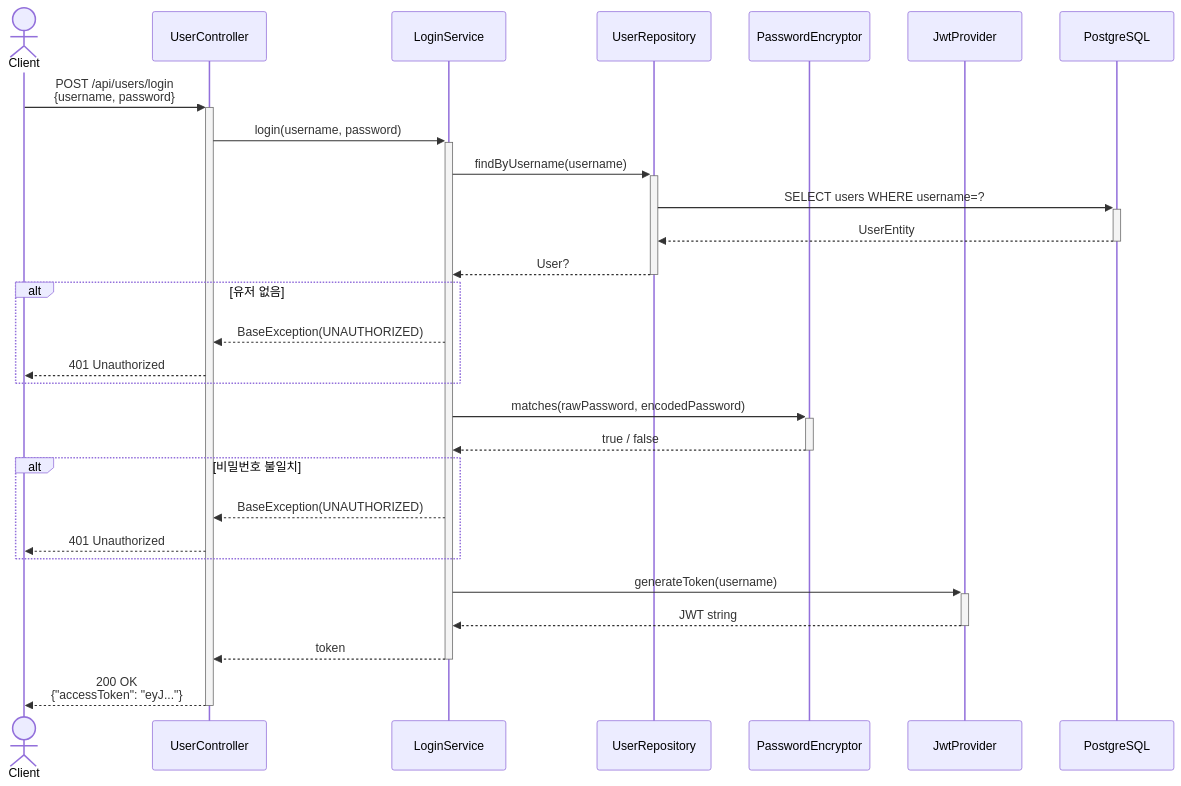
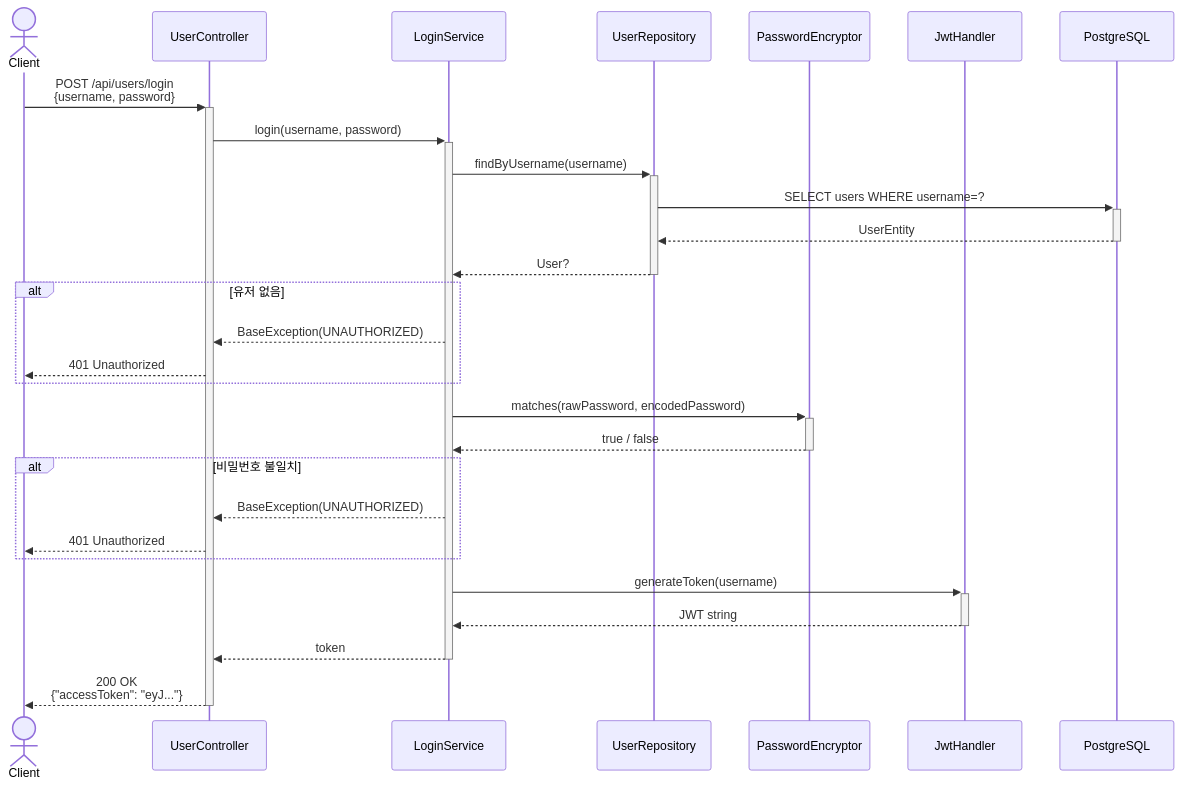
One commit to GoToOOP2/OOP changed the third of 4 diagrams in docs/auth/AUTH.md. Above: the diagram before and after it, drawn with Mermaid. The commit also changed other lines of this file, not shown here.

Commit message:
fix: 인가 mermaid 화면 이슈 해결

````diff
--- a/docs/auth/AUTH.md
+++ b/docs/auth/AUTH.md
@@ -101,31 +98,31 @@
 ```mermaid
 sequenceDiagram
     actor Client
     participant C  as UserController
     participant S  as LoginService
     participant R  as UserRepository
     participant E  as PasswordEncryptor
-    participant J  as JwtProvider
+    participant J  as JwtHandler
     participant DB as PostgreSQL
 
     Client ->>+ C: POST /api/users/login<br/>{username, password}
     C ->>+ S: login(username, password)
     S ->>+ R: findByUsername(username)
     R ->>+ DB: SELECT users WHERE username=?
     DB -->>- R: UserEntity
     R -->>- S: User?
     alt 유저 없음
         S -->> C: BaseException(UNAUTHORIZED)
         C -->> Client: 401 Unauthorized
     end
     S ->>+ E: matches(rawPassword, encodedPassword)
     E -->>- S: true / false
     alt 비밀번호 불일치
         S -->> C: BaseException(UNAUTHORIZED)
         C -->> Client: 401 Unauthorized
     end
     S ->>+ J: generateToken(username)
     J -->>- S: JWT string
     S -->>- C: token
     C -->>- Client: 200 OK<br/>{"accessToken": "eyJ..."}
 ```
````
